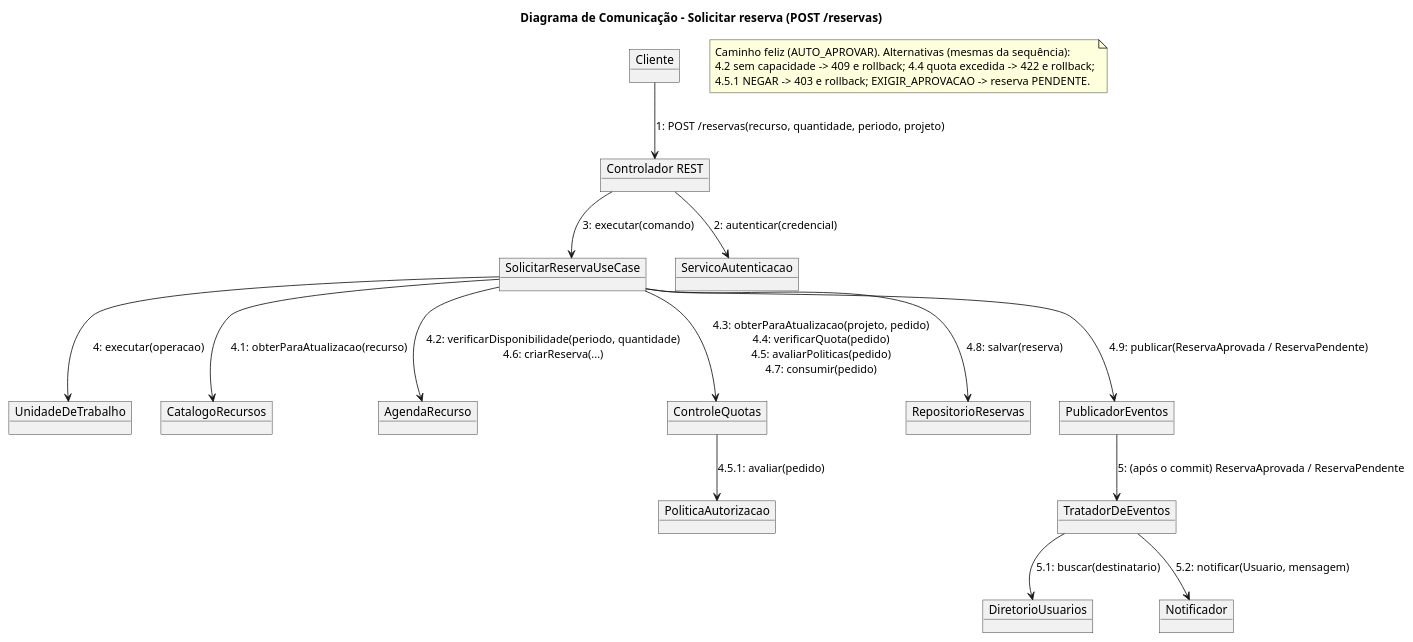
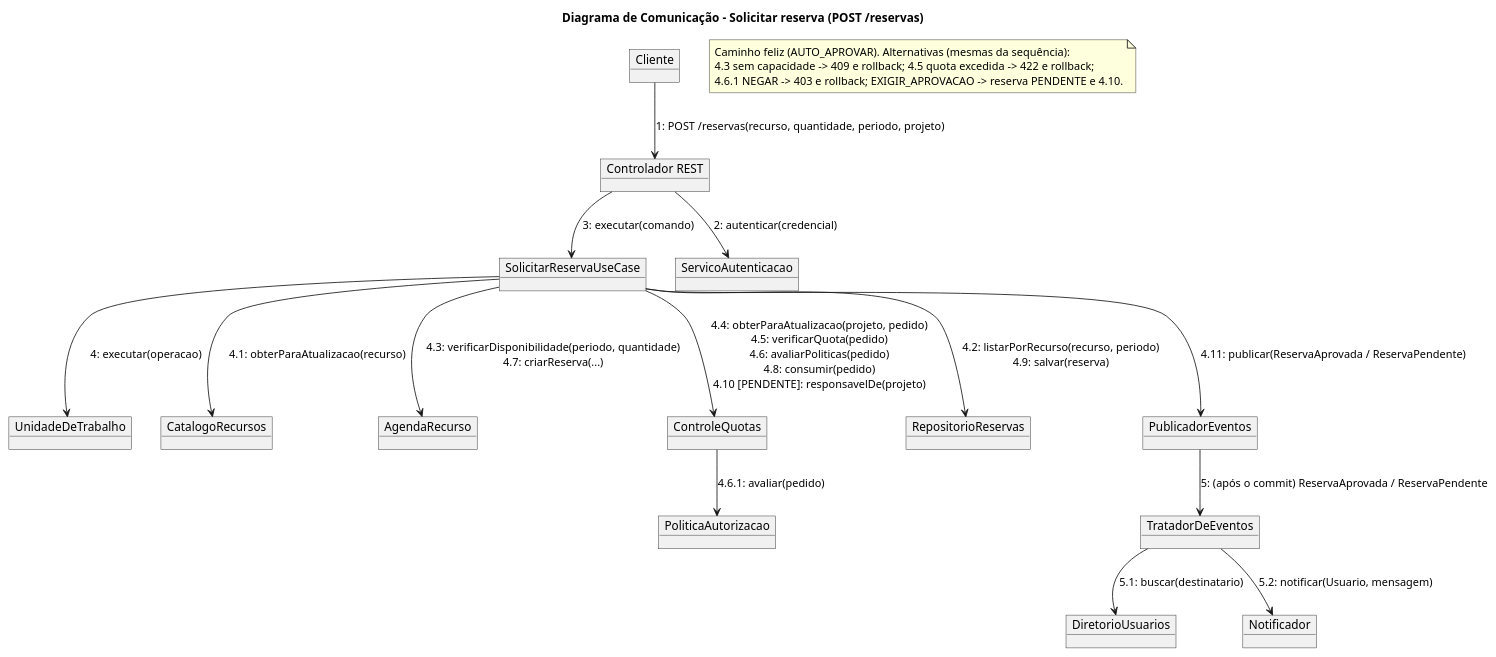
One commit to o-athos/design-project changed the diagram in docs/diagramas/comunicacao.puml. Above: the diagram before and after it, drawn with PlantUML. The commit also changed 3 other files, not shown here.

```diff
--- a/docs/diagramas/comunicacao.puml
+++ b/docs/diagramas/comunicacao.puml
@@ -1,41 +1,41 @@
 @startuml comunicacao
 title Diagrama de Comunicação - Solicitar reserva (POST /reservas)
 
 skinparam shadowing false
 
 object "Cliente" as cli
 object "Controlador REST" as rest
 object "SolicitarReservaUseCase" as uc
 object "ServicoAutenticacao" as auth
 object "UnidadeDeTrabalho" as uow
 object "CatalogoRecursos" as cat
 object "AgendaRecurso" as agenda
 object "ControleQuotas" as quotas
 object "PoliticaAutorizacao" as pol
 object "RepositorioReservas" as repo
 object "PublicadorEventos" as pub
 object "TratadorDeEventos" as evt
 object "DiretorioUsuarios" as dir
 object "Notificador" as notif
 
 cli --> rest : 1: POST /reservas(recurso, quantidade, periodo, projeto)
 rest --> auth : 2: autenticar(credencial)
 rest --> uc : 3: executar(comando)
 uc --> uow : 4: executar(operacao)
 uc --> cat : 4.1: obterParaAtualizacao(recurso)
-uc --> agenda : 4.2: verificarDisponibilidade(periodo, quantidade)\n4.6: criarReserva(...)
-uc --> quotas : 4.3: obterParaAtualizacao(projeto, pedido)\n4.4: verificarQuota(pedido)\n4.5: avaliarPoliticas(pedido)\n4.7: consumir(pedido)
-quotas --> pol : 4.5.1: avaliar(pedido)
-uc --> repo : 4.8: salvar(reserva)
-uc --> pub : 4.9: publicar(ReservaAprovada / ReservaPendente)
+uc --> repo : 4.2: listarPorRecurso(recurso, periodo)\n4.9: salvar(reserva)
+uc --> agenda : 4.3: verificarDisponibilidade(periodo, quantidade)\n4.7: criarReserva(...)
+uc --> quotas : 4.4: obterParaAtualizacao(projeto, pedido)\n4.5: verificarQuota(pedido)\n4.6: avaliarPoliticas(pedido)\n4.8: consumir(pedido)\n4.10 [PENDENTE]: responsavelDe(projeto)
+quotas --> pol : 4.6.1: avaliar(pedido)
+uc --> pub : 4.11: publicar(ReservaAprovada / ReservaPendente)
 pub --> evt : 5: (após o commit) ReservaAprovada / ReservaPendente
 evt --> dir : 5.1: buscar(destinatario)
 evt --> notif : 5.2: notificar(Usuario, mensagem)
 
 note as N1
   Caminho feliz (AUTO_APROVAR). Alternativas (mesmas da sequência):
-  4.2 sem capacidade -> 409 e rollback; 4.4 quota excedida -> 422 e rollback;
-  4.5.1 NEGAR -> 403 e rollback; EXIGIR_APROVACAO -> reserva PENDENTE.
+  4.3 sem capacidade -> 409 e rollback; 4.5 quota excedida -> 422 e rollback;
+  4.6.1 NEGAR -> 403 e rollback; EXIGIR_APROVACAO -> reserva PENDENTE e 4.10.
 end note
 
 @enduml
```
